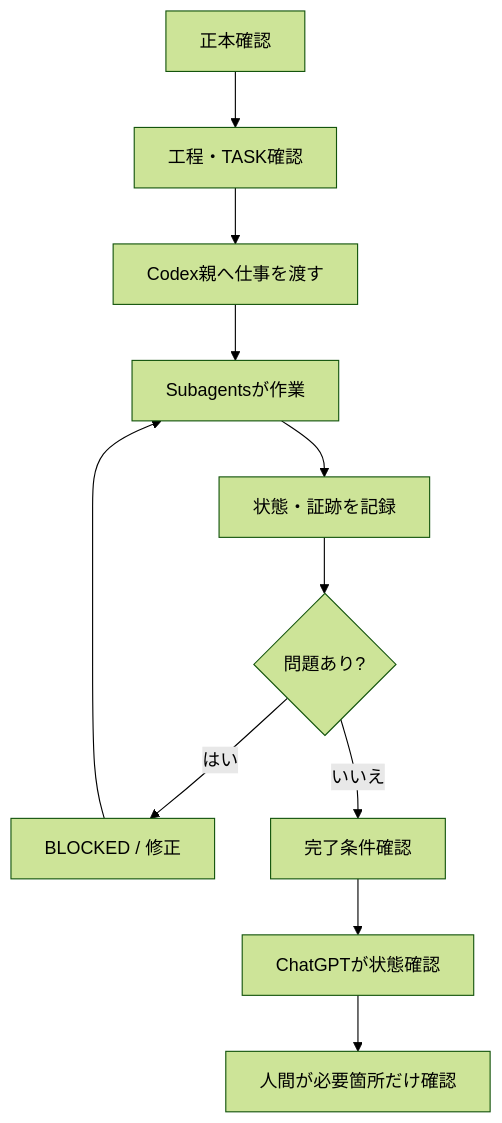
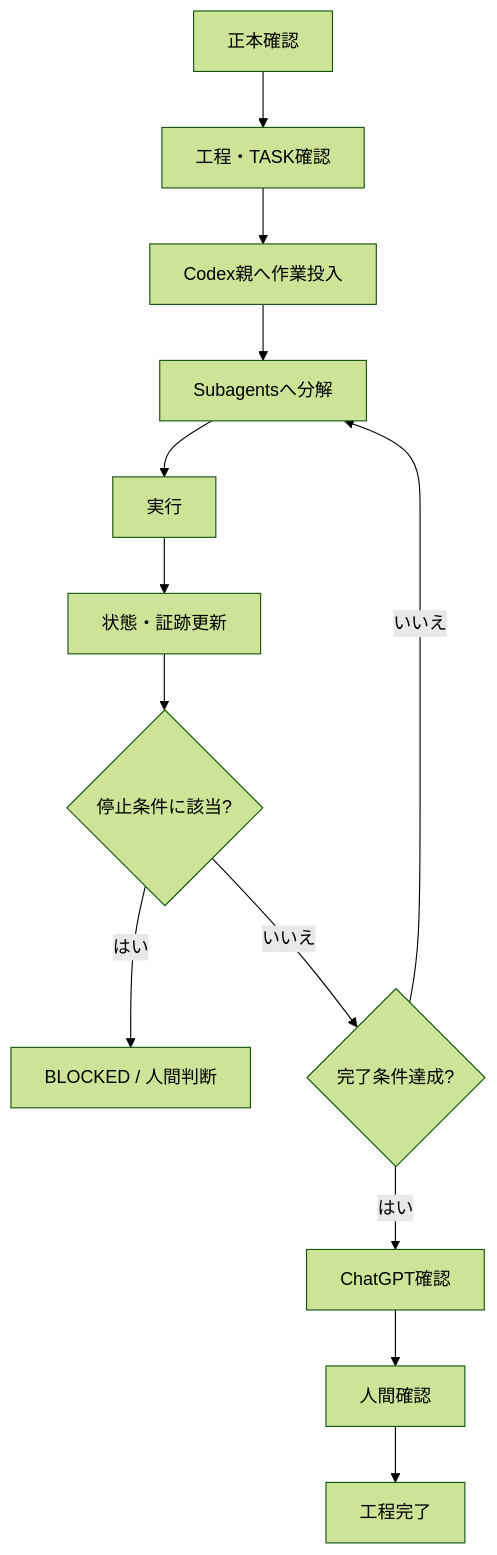
The third of 3 diagrams in docs/計画/【Aegis Mesh】計画書.md (xxxinakenxxx-hash/Aegis-Mesh), drawn with Mermaid (forest theme) before and after one commit. The commit also changed other lines of this file, not shown here.

````diff
--- a/docs/計画/【Aegis Mesh】計画書.md
+++ b/docs/計画/【Aegis Mesh】計画書.md
@@ -411,19 +382,21 @@
 ```mermaid
 flowchart TD
     A[正本確認]
     B[工程・TASK確認]
-    C[Codex親へ仕事を渡す]
-    D[Subagentsが作業]
-    E[状態・証跡を記録]
-    F{問題あり?}
-    G[BLOCKED / 修正]
-    H[完了条件確認]
-    I[ChatGPTが状態確認]
-    J[人間が必要箇所だけ確認]
+    C[Codex親へ作業投入]
+    D[Subagentsへ分解]
+    E[実行]
+    F[状態・証跡更新]
+    G{停止条件に該当?}
+    H[BLOCKED / 人間判断]
+    I{完了条件達成?}
+    J[ChatGPT確認]
+    K[人間確認]
+    L[工程完了]
 
-    A --> B --> C --> D --> E --> F
-    F -- はい --> G
-    G --> D
-    F -- いいえ --> H
-    H --> I --> J
+    A --> B --> C --> D --> E --> F --> G
+    G -- はい --> H
+    G -- いいえ --> I
+    I -- いいえ --> D
+    I -- はい --> J --> K --> L
 ```
````
